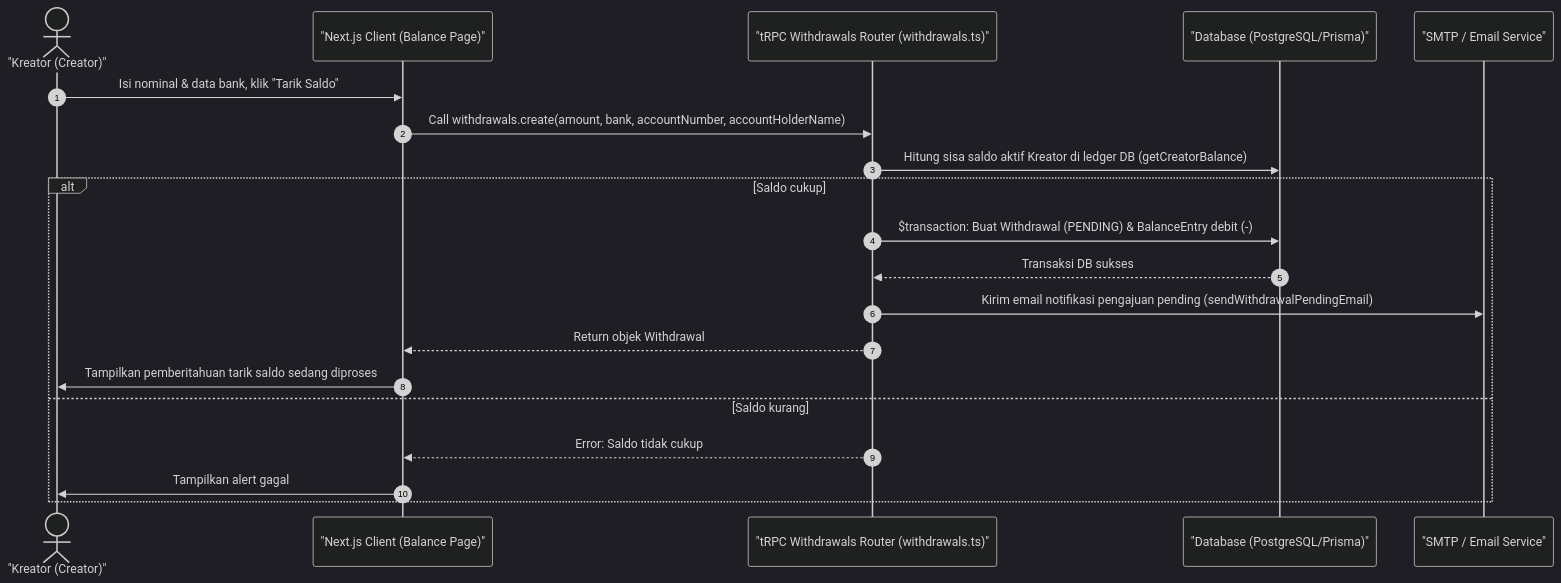
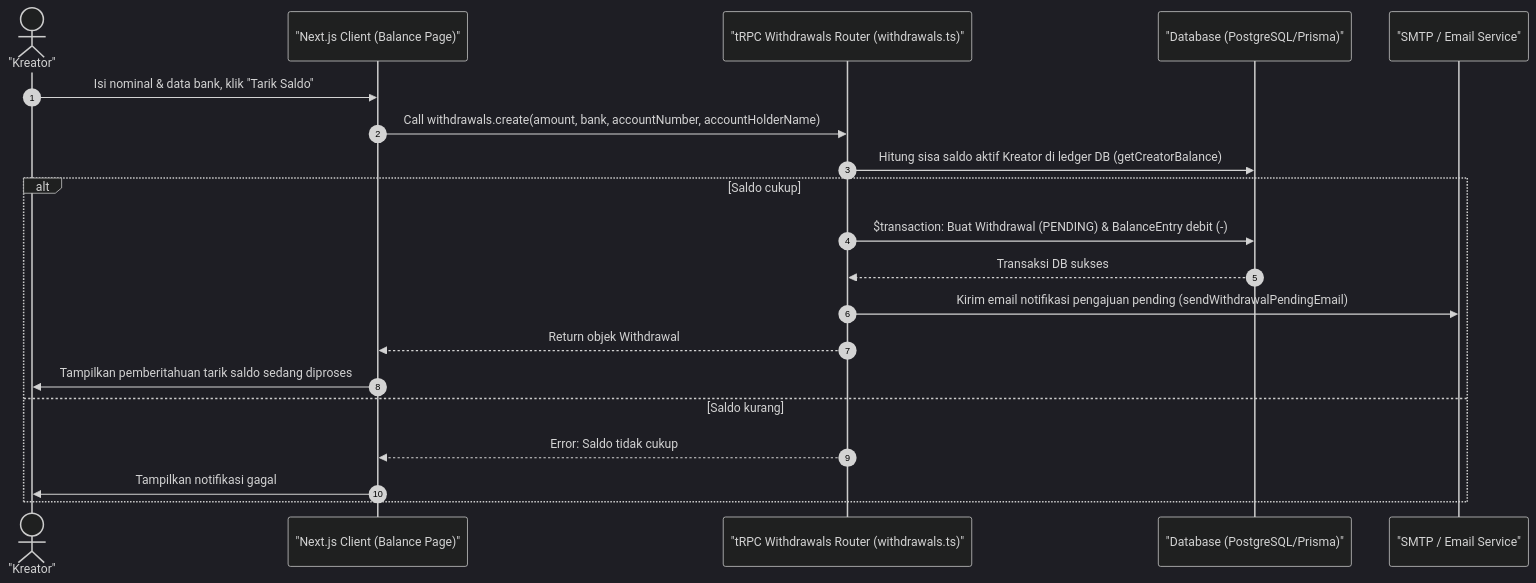
The diagram in docs/29-creator-withdrawal-request.md (luputer/CuanIN), drawn with Mermaid (dark theme) before and after one commit. The commit also changed 53 other files, not shown here.

````diff
--- a/docs/29-creator-withdrawal-request.md
+++ b/docs/29-creator-withdrawal-request.md
@@ -5,24 +5,24 @@
 ```mermaid
 sequenceDiagram
     autonumber
-    actor Creator as "Kreator (Creator)"
+    actor Creator as "Kreator"
     participant Client as "Next.js Client (Balance Page)"
     participant Server as "tRPC Withdrawals Router (withdrawals.ts)"
     participant DB as "Database (PostgreSQL/Prisma)"
     participant SMTP as "SMTP / Email Service"
 
     Creator->>Client: Isi nominal & data bank, klik "Tarik Saldo"
     Client->>Server: Call withdrawals.create(amount, bank, accountNumber, accountHolderName)
     Server->>DB: Hitung sisa saldo aktif Kreator di ledger DB (getCreatorBalance)
     alt Saldo cukup
         Server->>DB: $transaction: Buat Withdrawal (PENDING) & BalanceEntry debit (-)
         DB-->>Server: Transaksi DB sukses
         Server->>SMTP: Kirim email notifikasi pengajuan pending (sendWithdrawalPendingEmail)
         Server-->>Client: Return objek Withdrawal
         Client->>Creator: Tampilkan pemberitahuan tarik saldo sedang diproses
     else Saldo kurang
         Server-->>Client: Error: Saldo tidak cukup
-        Client->>Creator: Tampilkan alert gagal
+        Client->>Creator: Tampilkan notifikasi gagal
     end
 
 ```
````
